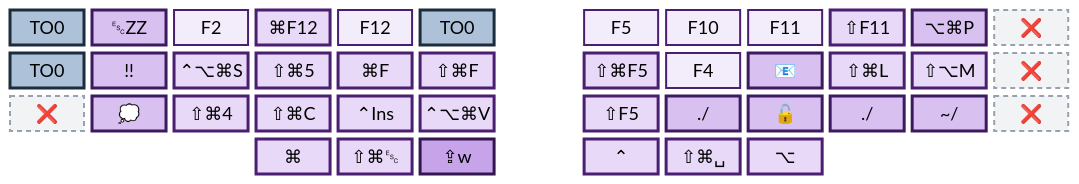
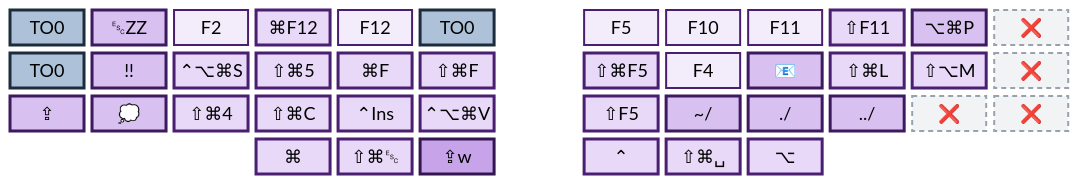
Before and after one commit to abloch/zmk-corne: the fifth of 6 diagrams in README.md, drawn with Mermaid. The commit also changed other lines of this file and 2 other files, not shown here.

````diff
--- a/README.md
+++ b/README.md
@@ -182,24 +181,24 @@
 ```mermaid
 %%{init: {'theme':'base','themeVariables':{'primaryColor':'#f3ecfb','primaryTextColor':'#240c39','primaryBorderColor':'#4a1f72','nodeTextColor':'#240c39','textColor':'#240c39','mainBkg':'#f3ecfb','fontSize':'18px'}}}%%
 block
 columns 13
 
   to0["TO0"] vz["␛ZZ"] f2["F2"] gf["⌘F12"] lf12["F12"] t0b["TO0"] space f5["F5"] f10["F10"] f11["F11"] s11["⇧F11"] ap["⌥⌘P"] x1["❌"]
   t0c["TO0"] rr["!!"] rec["⌃⌥⌘S"] c5["⇧⌘5"] fnd["⌘F"] fna["⇧⌘F"] space sgf5["⇧⌘F5"] f4["F4"] mai["📧"] lck["⇧⌘L"] mut["⇧⌥M"] x2["❌"]
-  x0["❌"] thk["💭"] c4["⇧⌘4"] cpy["⇧⌘C"] ins["⌃Ins"] pst["⌃⌥⌘V"] space sf5["⇧F5"] ds["./"] uns["🔓"] ds2["./"] ts["~/"] x3["❌"]
+  cl["⇪"] thk["💭"] c4["⇧⌘4"] cpy["⇧⌘C"] ins["⌃Ins"] pst["⌃⌥⌘V"] space sf5["⇧F5"] ts["~/"] ds["./"] dds["../"] x4["❌"] x3["❌"]
   space:3 cmd["⌘"] ses["⇧⌘␛"] cw["⇪w"] space ctl["⌃"] ssp["⇧⌘␣"] alt["⌥"] space:3
 
   classDef plain fill:#f3ecfb,stroke:#4a1f72,stroke-width:2px,color:#240c39
   classDef mod fill:#e7d9f7,stroke:#4a1f72,stroke-width:3px,color:#240c39
   classDef seq fill:#d8c0f1,stroke:#3d1a5f,stroke-width:3px,color:#1c0a2c
   classDef spec fill:#c7a4e9,stroke:#33154f,stroke-width:3px,color:#160823
   classDef goL0 fill:#adc2d8,stroke:#1d2c3d,stroke-width:3px,color:#060c12
   classDef dead fill:#f2f3f5,stroke:#98a2ae,stroke-width:2px,stroke-dasharray:5 4,color:#5b6673
 
   class f2,lf12,f5,f10,f11,f4 plain
   class gf,rec,c5,fnd,fna,c4,cpy,ins,pst,s11,sgf5,lck,mut,sf5,cmd,ses,ctl,ssp,alt mod
-  class vz,rr,thk,ap,mai,ds,uns,ds2,ts seq
+  class vz,rr,thk,ap,mai,cl,ts,ds,dds seq
   class cw spec
   class to0,t0b,t0c goL0
-  class x0,x1,x2,x3 dead
+  class x1,x2,x3,x4 dead
 ```
````
